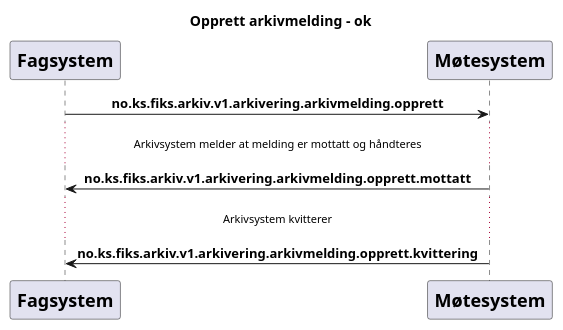
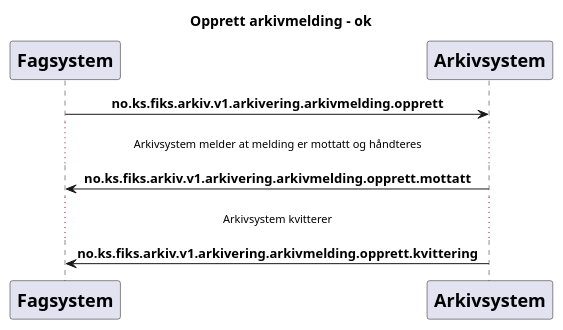
One commit to ks-no/fiks-arkiv-specification changed the diagram in Dokumentasjon/V1/Meldinger/no.ks.fiks.arkiv.v1.arkivering.arkivmelding.opprett/arkivmelding-opprett-ok.puml. Above: the diagram before and after it, drawn with PlantUML. The commit also changed 21 other files, not shown here.

Commit message:
Korrigert feil i diagrammer for arkivmelding.opprett

```diff
--- a/Dokumentasjon/V1/Meldinger/no.ks.fiks.arkiv.v1.arkivering.arkivmelding.opprett/arkivmelding-opprett-ok.puml
+++ b/Dokumentasjon/V1/Meldinger/no.ks.fiks.arkiv.v1.arkivering.arkivmelding.opprett/arkivmelding-opprett-ok.puml
@@ -1,19 +1,19 @@
 @startuml
 skinparam sequenceMessageAlign center
 
 title "Opprett arkivmelding - ok"
 
 participant Fagsystem [
     = Fagsystem
 ]
 participant Arkivsystem [
-    = Møtesystem
+    = Arkivsystem
 ]
 
 Fagsystem -> Arkivsystem : **no.ks.fiks.arkiv.v1.arkivering.arkivmelding.opprett**
 ...Arkivsystem melder at melding er mottatt og håndteres...
 Arkivsystem -> Fagsystem : **no.ks.fiks.arkiv.v1.arkivering.arkivmelding.opprett.mottatt**
 ...Arkivsystem kvitterer...
 Arkivsystem -> Fagsystem : **no.ks.fiks.arkiv.v1.arkivering.arkivmelding.opprett.kvittering**
 
 @enduml
```
